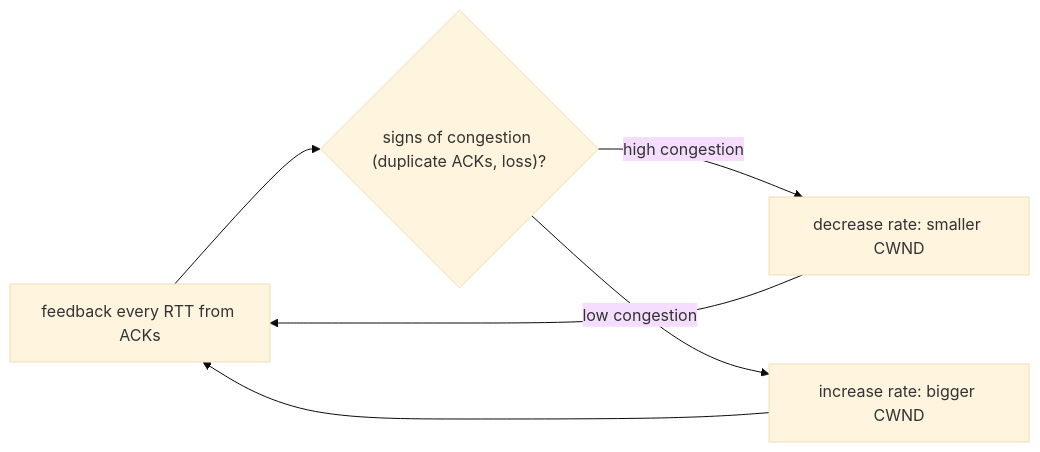
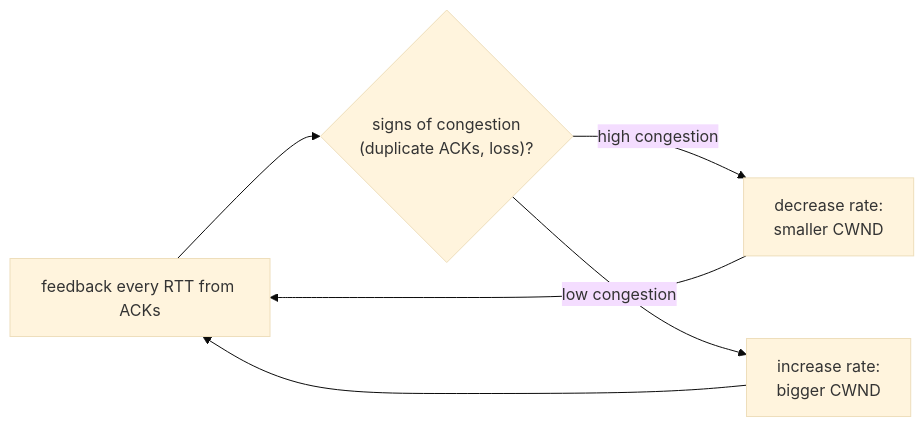
Diagram 16 of 34 in EDA387-Computer-Networks/04-TCP.md (FahimMashroor/Chalmers_CSC), drawn with Mermaid (base theme) before and after one commit. The commit also changed other lines of this file, not shown here.

Commit message:
Rewrite 04 TCP in simple language with examples and diagrams

````diff
--- a/EDA387-Computer-Networks/04-TCP.md
+++ b/EDA387-Computer-Networks/04-TCP.md
@@ -474,8 +654,8 @@
 ```mermaid
 flowchart LR
-  F["feedback every RTT from ACKs"] --> Q{"signs of congestion (duplicate ACKs, loss)?"}
-  Q -->|"high congestion"| D["decrease rate: smaller CWND"]
-  Q -->|"low congestion"| I["increase rate: bigger CWND"]
+  F["feedback every RTT from ACKs"] --> Q{"signs of congestion<br/>(duplicate ACKs, loss)?"}
+  Q -->|"high congestion"| D["decrease rate:<br/>smaller CWND"]
+  Q -->|"low congestion"| I["increase rate:<br/>bigger CWND"]
   D --> F
   I --> F
 ```
````
